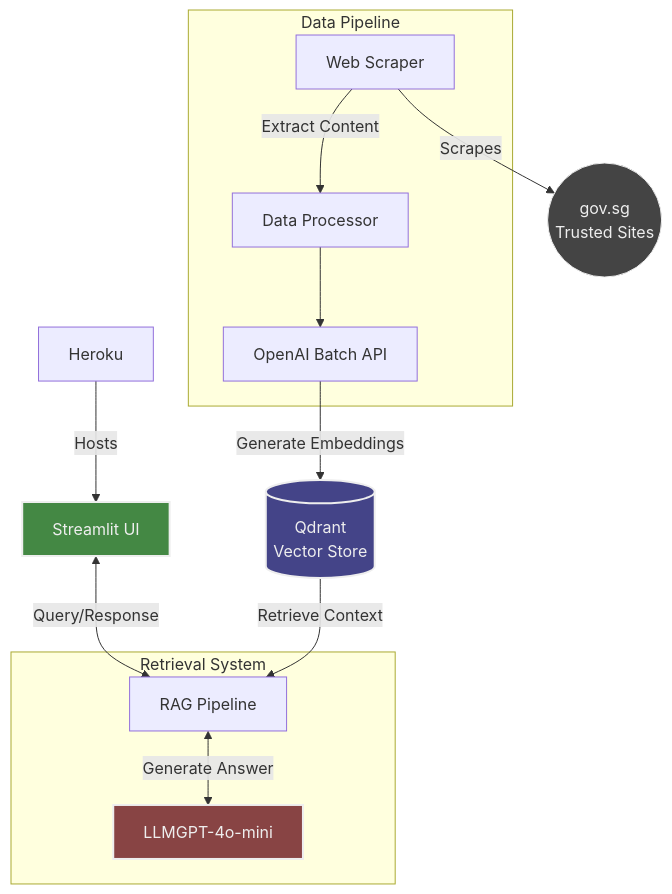
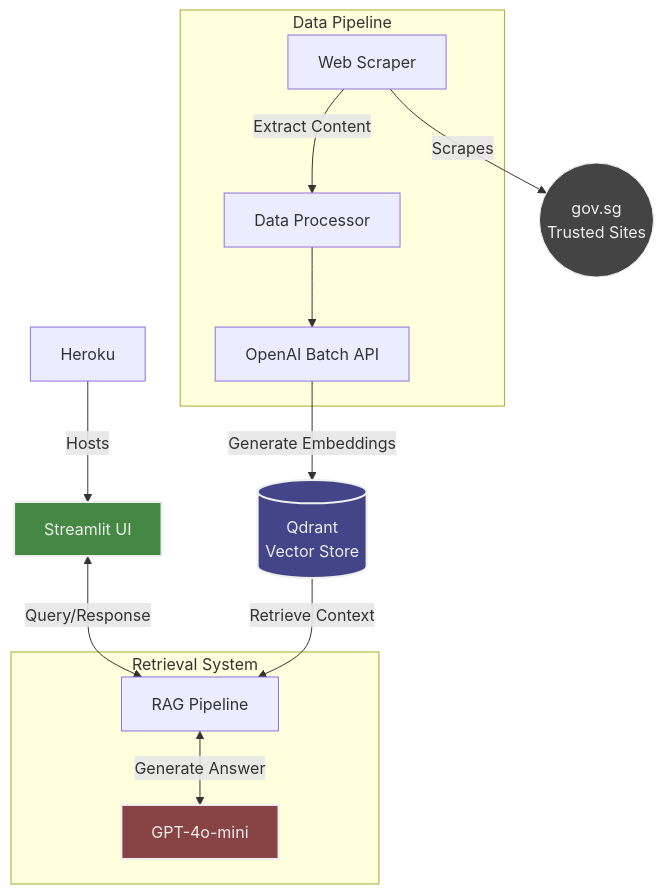
The diagram in README.md (shafiqninaba/gov-seek), drawn with Mermaid before and after one commit.

Commit message:
docs: Update README to reflect the correct model name from LLMGPT-4o-mini to GPT-4o-mini

````diff
--- a/README.md
+++ b/README.md
@@ -74,25 +74,25 @@
 ```mermaid
 flowchart TD
     subgraph "Data Pipeline"
         A[Web Scraper] -->|Extract Content| B[Data Processor]
         B -->C1[OpenAI Batch API]
     end
 
     C1 -->|Generate Embeddings| C[(Qdrant<br>Vector Store)]
 
     D[Streamlit UI] <-->|Query/Response| E[RAG Pipeline]
 
     C -->|Retrieve Context| E
     subgraph "Retrieval System"
 
-        E <-->|Generate Answer| F[LLMGPT-4o-mini]
+        E <-->|Generate Answer| F[GPT-4o-mini]
     end
 
     A --> |Scrapes| G((gov.sg<br>Trusted Sites))
     H[Heroku] -->|Hosts| D
 
     style G fill:#444,stroke:#eee,stroke-width:1px,color:#eee
     style C fill:#448,stroke:#eee,stroke-width:2px,color:#eee
     style F fill:#844,stroke:#eee,stroke-width:2px,color:#eee
     style D fill:#484,stroke:#eee,stroke-width:2px,color:#eee
 ```
````
